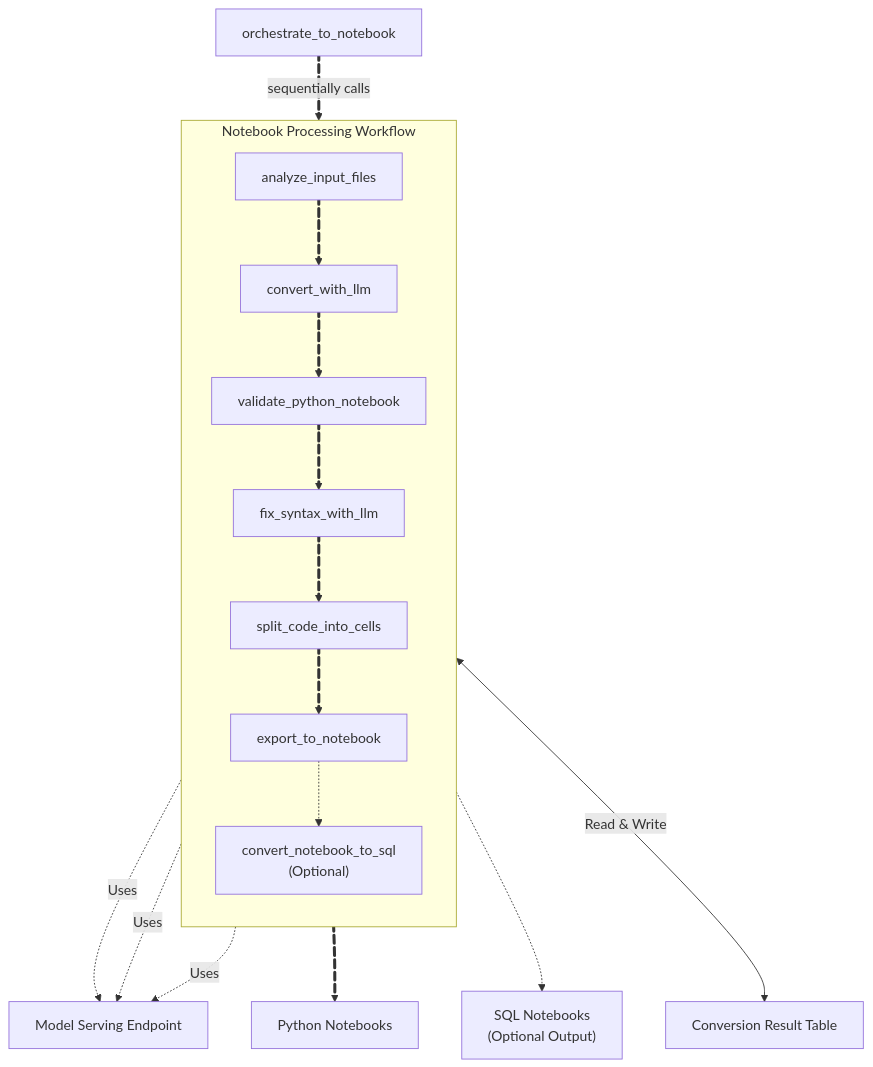
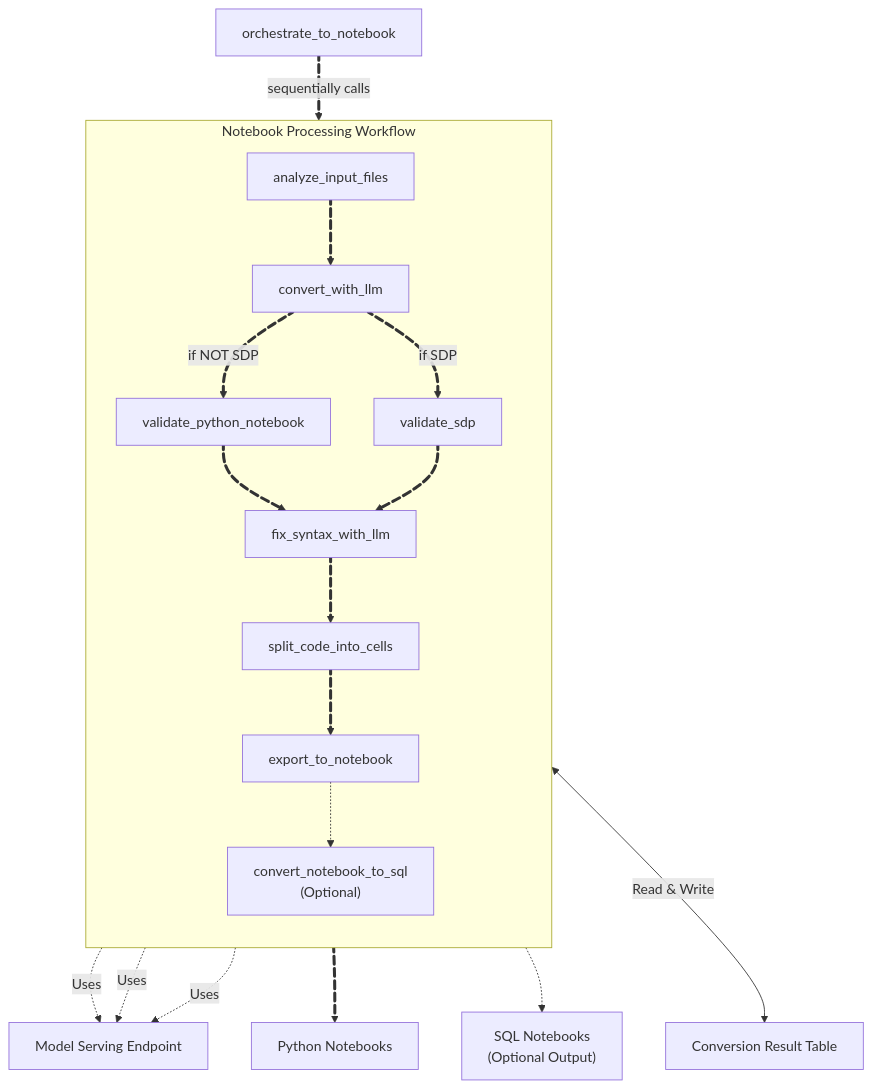
Before and after one commit to alexxx-db/remorph: the second of 3 diagrams in docs/lakebridge/docs/transpile/pluggable_transpilers/switch/index.mdx, drawn with Mermaid. The commit also changed other lines of this file and 1 other file, not shown here.

````diff
--- a/docs/lakebridge/docs/transpile/pluggable_transpilers/switch/index.mdx
+++ b/docs/lakebridge/docs/transpile/pluggable_transpilers/switch/index.mdx
@@ -321,30 +354,40 @@
 ```mermaid
 flowchart TD
     orchestrator[orchestrate_to_notebook] e1@==>|sequentially calls| processing
 
     subgraph processing ["Notebook Processing Workflow"]
         direction TB
         analyze[analyze_input_files] e2@==> convert[convert_with_llm]
-        convert e3@==> validate[validate_python_notebook]
-        validate e4@==> fix[fix_syntax_with_llm]
+
+        %% Branch: decide validation path
+        convert e8@==>|if SDP| validate_sdp[validate_sdp]
+        convert e3@==>|if NOT SDP| validate_nb[validate_python_notebook]
+
+        %% Downstream connections - both validations flow to fix_syntax
+        validate_nb e4@==> fix[fix_syntax_with_llm]
+        validate_sdp e9@==> fix
+
         fix e5@==> split[split_code_into_cells]
         split e6@==> export[export_to_notebook]
         export -.-> sqlExport["convert_notebook_to_sql<br>(Optional)"]
     end
 
     processing <-->|Read & Write| table[Conversion Result Table]
 
     convert -.->|Uses| endpoint[Model Serving Endpoint]
     fix -.->|Uses| endpoint
     sqlExport -.->|Uses| endpoint
 
     export e7@==> notebooks[Python Notebooks]
     sqlExport -.-> sqlNotebooks["SQL Notebooks<br>(Optional Output)"]
+  
     e1@{ animate: true }
     e2@{ animate: true }
     e3@{ animate: true }
     e4@{ animate: true }
     e5@{ animate: true }
     e6@{ animate: true }
     e7@{ animate: true }
+    e8@{ animate: true }
+    e9@{ animate: true }
 ```
````
